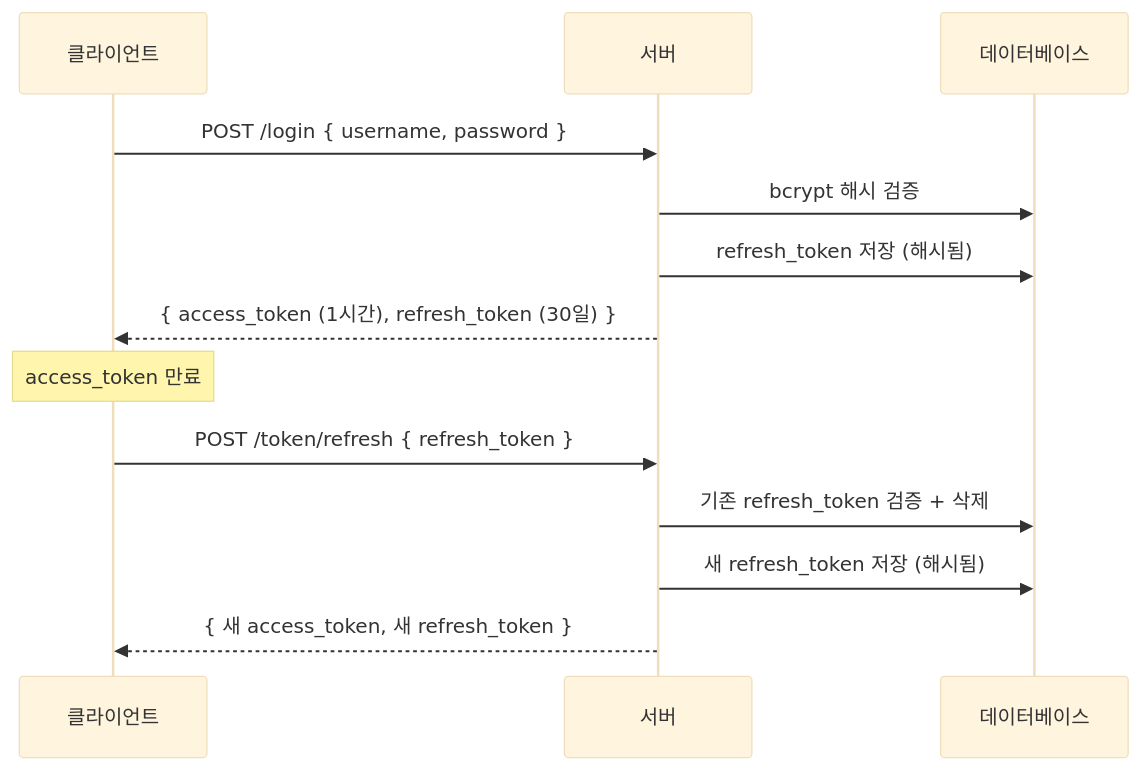
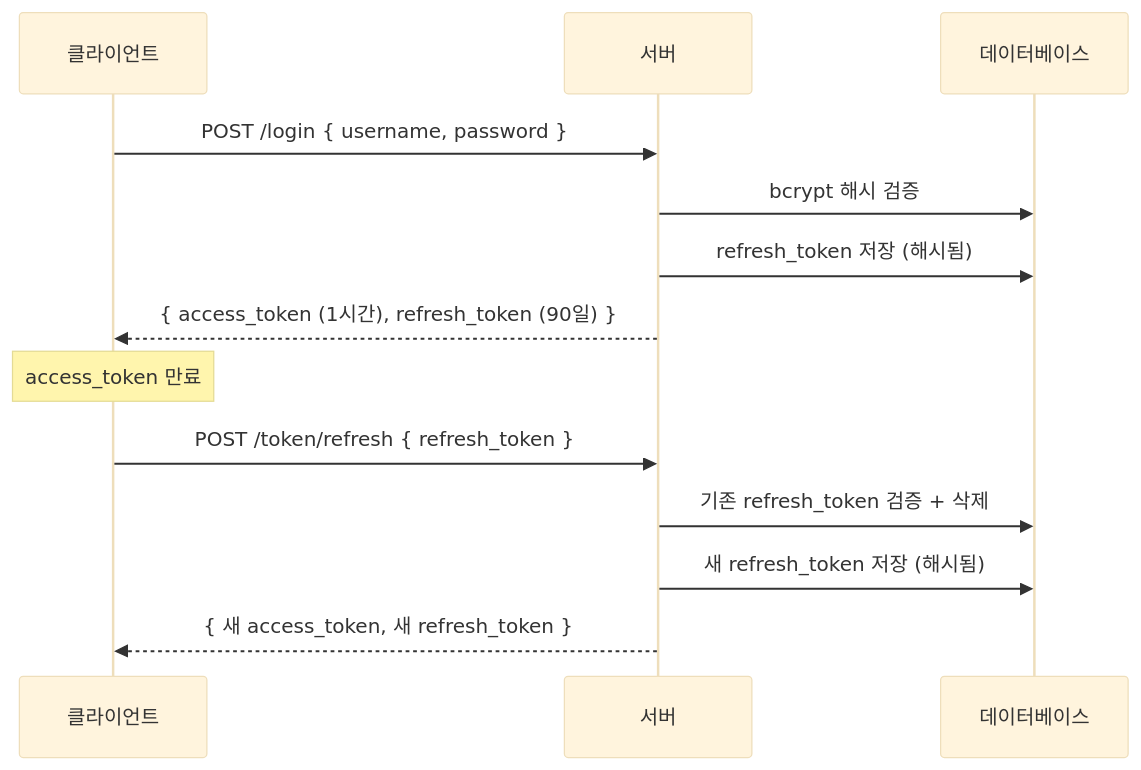
One commit to korjwl1/toki-sync changed the third of 3 diagrams in docs/DESIGN.ko.md. Above: the diagram before and after it, drawn with Mermaid (base theme). The commit also changed 19 other files, not shown here.

Commit message:
docs: update deploy guides, config, .env for device code flow + registration_mode

````diff
--- a/docs/DESIGN.ko.md
+++ b/docs/DESIGN.ko.md
@@ -255,18 +255,18 @@
 ```mermaid
 sequenceDiagram
     participant C as 클라이언트
     participant S as 서버
     participant DB as 데이터베이스
 
     C->>S: POST /login { username, password }
     S->>DB: bcrypt 해시 검증
     S->>DB: refresh_token 저장 (해시됨)
-    S-->>C: { access_token (1시간), refresh_token (30일) }
+    S-->>C: { access_token (1시간), refresh_token (90일) }
 
     Note over C: access_token 만료
 
     C->>S: POST /token/refresh { refresh_token }
     S->>DB: 기존 refresh_token 검증 + 삭제
     S->>DB: 새 refresh_token 저장 (해시됨)
     S-->>C: { 새 access_token, 새 refresh_token }
 ```
````
